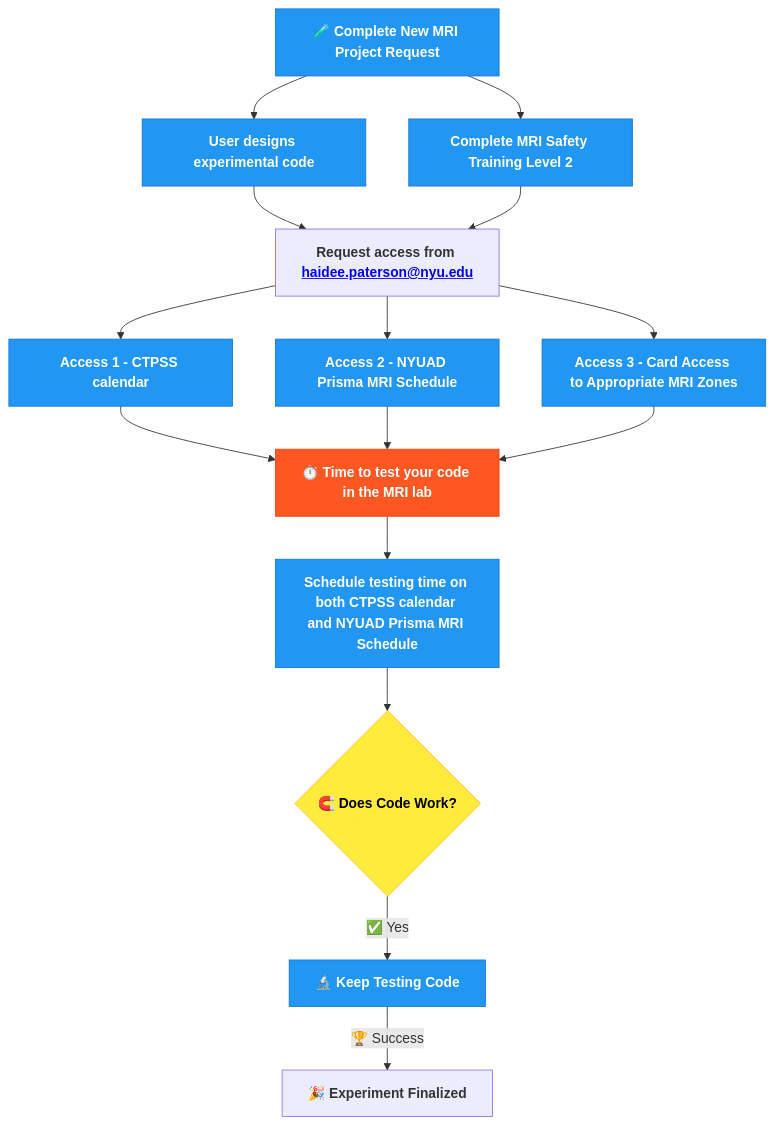
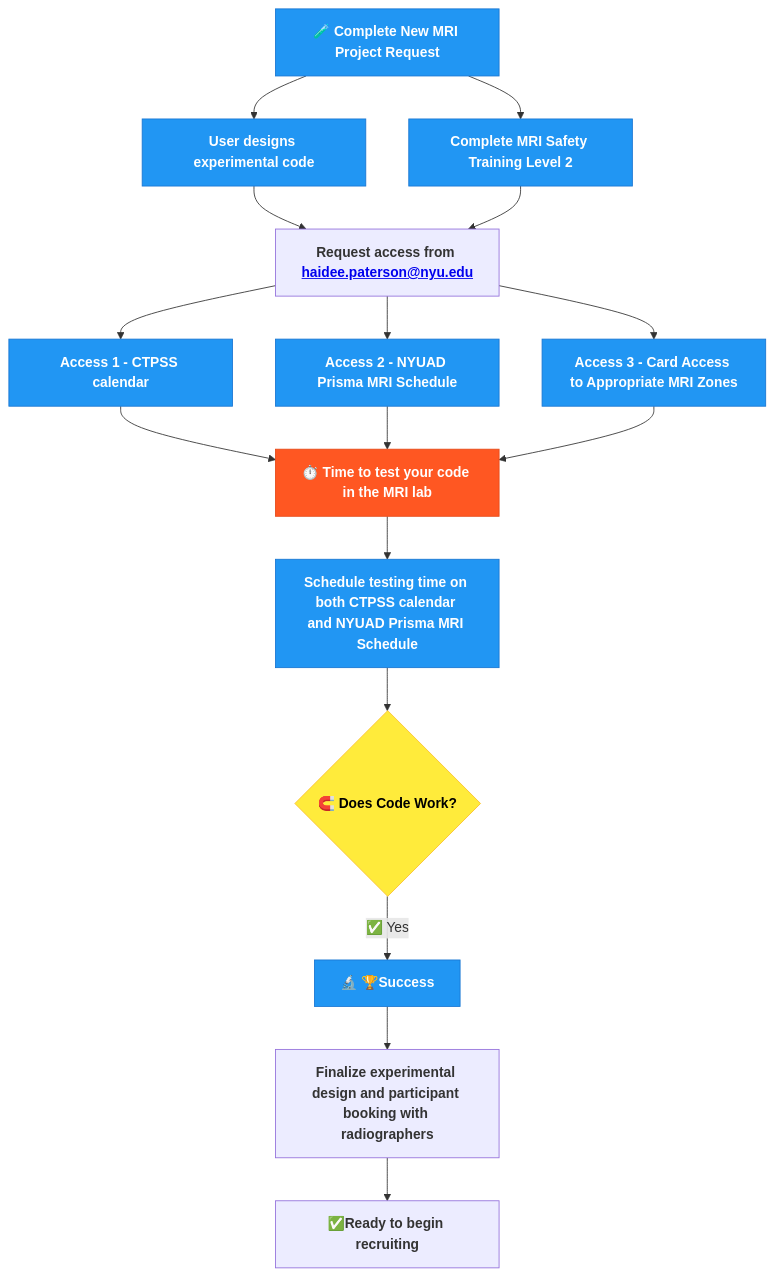
One commit to BioMedicalImaging-Core-NYUAD/brainimaging-lab-documentation changed the diagram in docs/source/1-lab_overview/3-process_diagram.rst. Above: the diagram before and after it, drawn with Mermaid.

Commit message:
added link

```diff
--- a/docs/source/1-lab_overview/3-process_diagram.rst
+++ b/docs/source/1-lab_overview/3-process_diagram.rst
@@ -5,34 +5,35 @@
 .. mermaid::
 
   graph TD;
     B[🧪 <b>Complete New MRI Project Request</b>];
     B --> C[<b>User designs experimental code</b>];
     B --> D[<b>Complete MRI Safety Training Level 2</b>];
     C --> E[<b>Request access from <a href="mailto:haidee.paterson@nyu.edu">haidee.paterson@nyu.edu</a></b>];
     D --> E;
     E --> F[<b>Access 1 - CTPSS calendar</b>];
     E --> G[<b>Access 2 - NYUAD Prisma MRI Schedule</b>];
     E --> H[<b>Access 3 - Card Access to Appropriate MRI Zones</b>];
     F --> I[⏱️ <b>Time to test your code in the MRI lab</b>];
     G --> I;
     H --> I;
     I --> J[<b>Schedule testing time on both CTPSS calendar and NYUAD Prisma MRI Schedule</b>];
     J --> K{🧲️ <b>Does Code Work?</b>};
-    K --✅ Yes --> L[🔬 <b>Keep Testing Code</b>];
-    L -->|🏆 Success| M[🎉 <b>Experiment Finalized</b>];
+    K --✅ Yes --> L[🔬 <b> 🏆Success</b>];
+    L --> M[<b>Finalize experimental design and participant booking with radiographers</b>];
+    M --> N[✅<b>Ready to begin recruiting</b>]
 
     %% Clickable Nodes
     click B "https://drive.google.com/file/d/10Py1KSAsktpCjU6c3lLuWLqVL2a5ofee/view?usp=drive_link"
     click D "https://app.imagingu.com/courses/personnel-group-ii-yearly"
     click E "mailto:haidee.paterson@nyu.edu" "Email haidee.paterson@nyu.edu"
     click F "https://corelabs.abudhabi.nyu.edu/"
 
     %% Style Definitions
     classDef success fill:#4CAF50,stroke:#2E7D32,color:#fff;
     classDef decision fill:#FFEB3B,stroke:#FBC02D,color:#000;
     classDef process fill:#2196F3,stroke:#1976D2,color:#fff;
     classDef warning fill:#FF5722,stroke:#E64A19,color:#fff;
 
     class B,C,D,F,G,H,J,L process;
     class I warning;
     class K decision;
```
